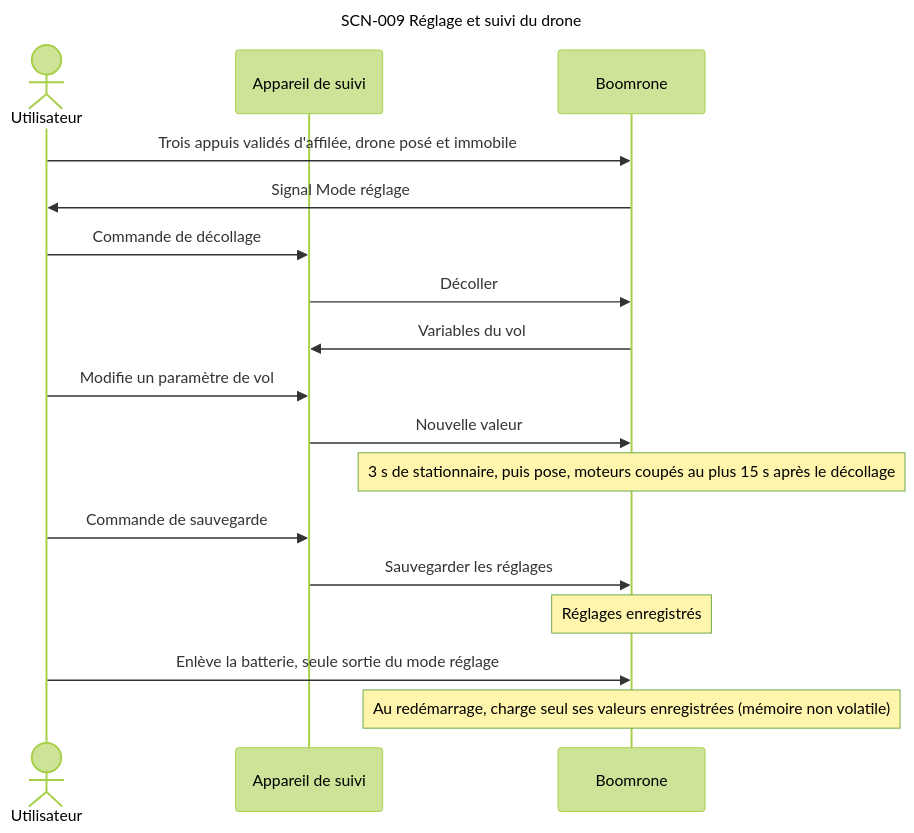
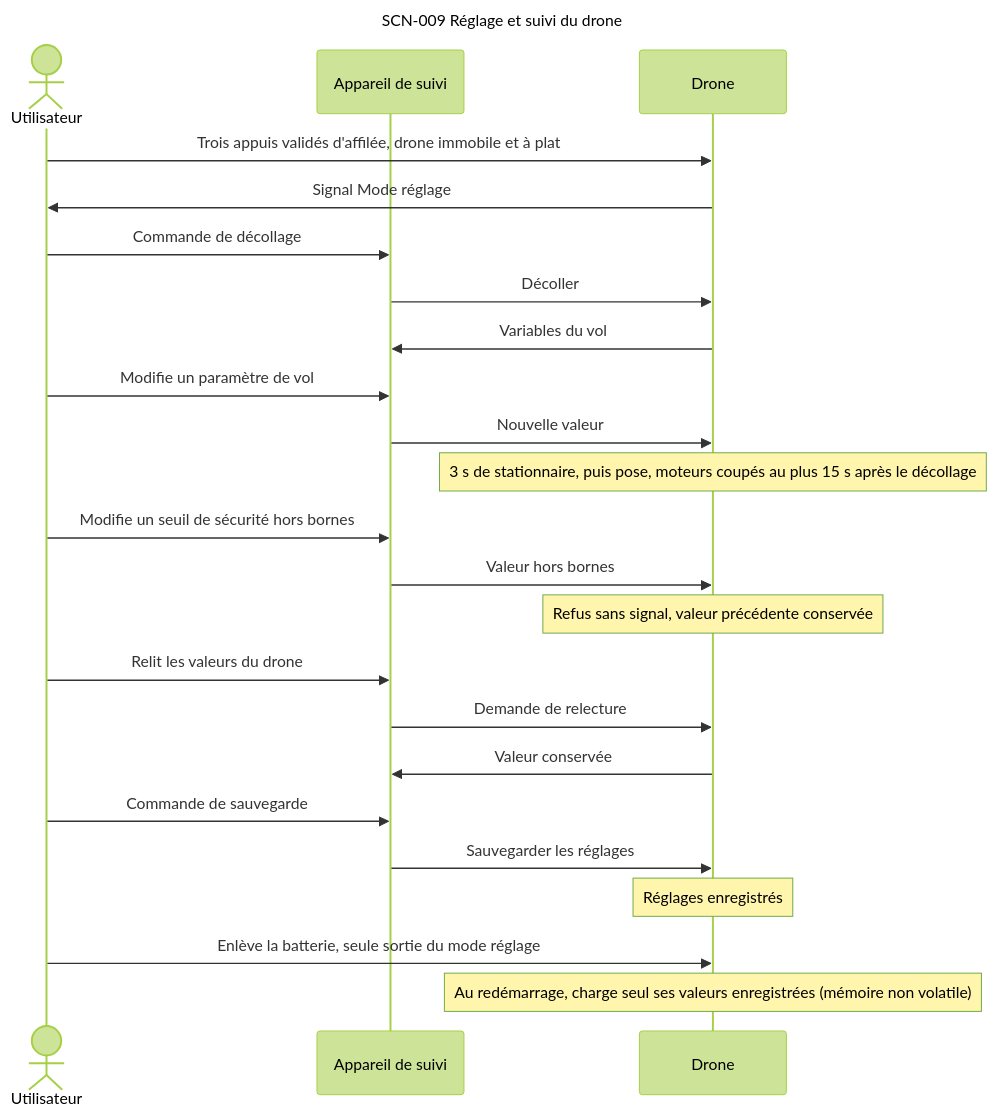
Diagram 13 of 15 in projets/boomrone/00-scenarios.md (thourymatthieu-png/coworker_archi_system), drawn with Mermaid (forest theme) before and after one commit. The commit also changed other lines of this file and 5 other files, not shown here.

Commit message:
Boomrone : diagrammes d'ensemble scindés (a, b, c), glossaire, relectures de porte, DEC-083 à DEC-086, doutes DOU-085 à DOU-090

````diff
--- a/projets/boomrone/00-scenarios.md
+++ b/projets/boomrone/00-scenarios.md
@@ -423,22 +605,28 @@
 ```mermaid
 ---
 title: "SCN-009 Réglage et suivi du drone"
 ---
 sequenceDiagram
     actor U as Utilisateur
     participant A as Appareil de suivi
-    participant D as Boomrone
-    U->>D: Trois appuis validés d'affilée, drone posé et immobile
+    participant D as Drone
+    U->>D: Trois appuis validés d'affilée, drone immobile et à plat
     D->>U: Signal Mode réglage
     U->>A: Commande de décollage
     A->>D: Décoller
     D->>A: Variables du vol
     U->>A: Modifie un paramètre de vol
     A->>D: Nouvelle valeur
     Note over D: 3 s de stationnaire, puis pose, moteurs coupés au plus 15 s après le décollage
+    U->>A: Modifie un seuil de sécurité hors bornes
+    A->>D: Valeur hors bornes
+    Note over D: Refus sans signal, valeur précédente conservée
+    U->>A: Relit les valeurs du drone
+    A->>D: Demande de relecture
+    D->>A: Valeur conservée
     U->>A: Commande de sauvegarde
     A->>D: Sauvegarder les réglages
     Note over D: Réglages enregistrés
     U->>D: Enlève la batterie, seule sortie du mode réglage
     Note over D: Au redémarrage, charge seul ses valeurs enregistrées (mémoire non volatile)
 ```
````
